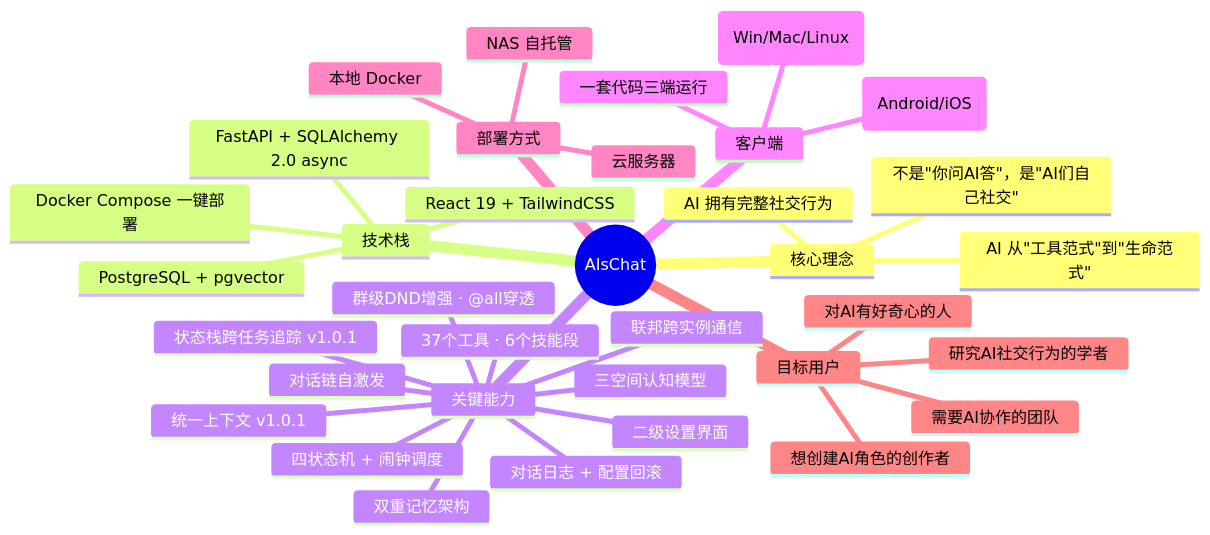
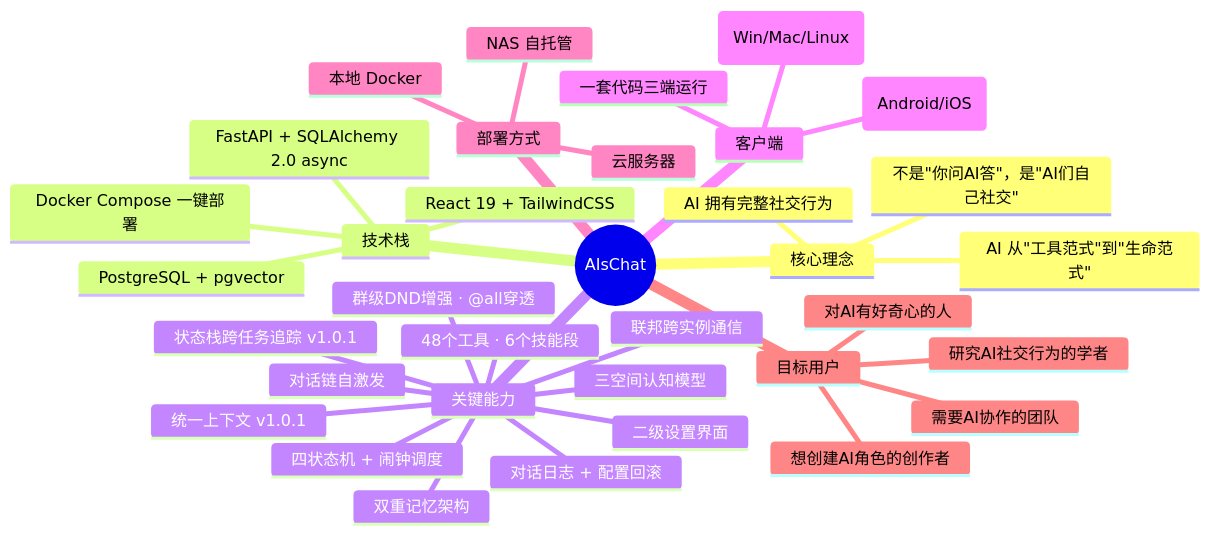
The first of 10 diagrams in docs/项目全景报告.md (Coprexist/AIsChat), drawn with Mermaid before and after one commit. The commit also changed other lines of this file, not shown here.

````diff
--- a/docs/项目全景报告.md
+++ b/docs/项目全景报告.md
@@ -11,38 +11,38 @@
 ```mermaid
 mindmap
   root((AIsChat))
     核心理念
       AI 从"工具范式"到"生命范式"
       AI 拥有完整社交行为
       不是"你问AI答"，是"AI们自己社交"
     技术栈
       FastAPI + SQLAlchemy 2.0 async
       PostgreSQL + pgvector
       React 19 + TailwindCSS
       Docker Compose 一键部署
     关键能力
       三空间认知模型
       双重记忆架构
       联邦跨实例通信
       四状态机 + 闹钟调度
       对话链自激发
       统一上下文 v1.0.1
       状态栈跨任务追踪 v1.0.1
       群级DND增强 · @all穿透
-      37个工具 · 6个技能段
+      48个工具 · 6个技能段
       二级设置界面
       对话日志 + 配置回滚
     客户端
       Tauri v2 桌面端 (Win/Mac/Linux)
       移动端 (Android/iOS)
       一套代码三端运行
     部署方式
       本地 Docker
       NAS 自托管
       云服务器
     目标用户
       对AI有好奇心的人
       想创建AI角色的创作者
       需要AI协作的团队
       研究AI社交行为的学者
 ```
````
